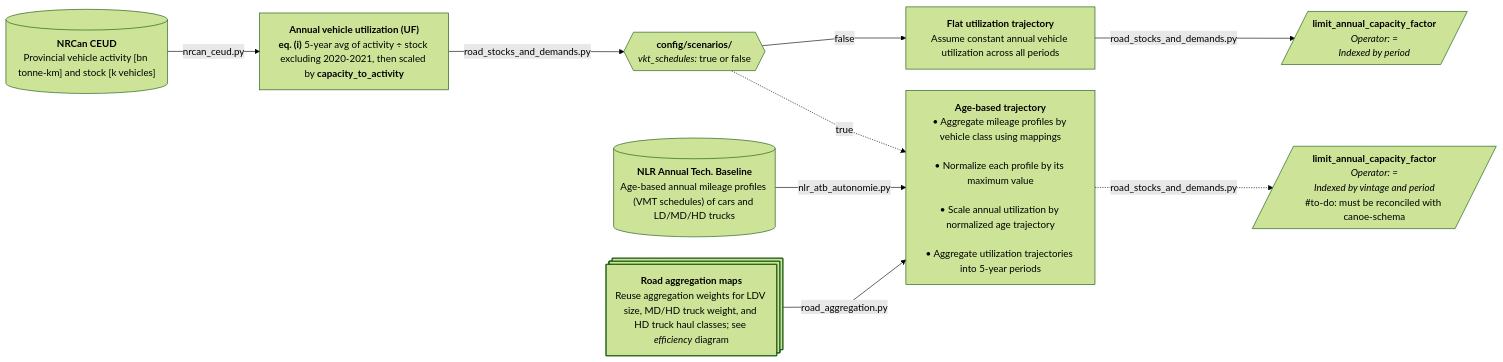
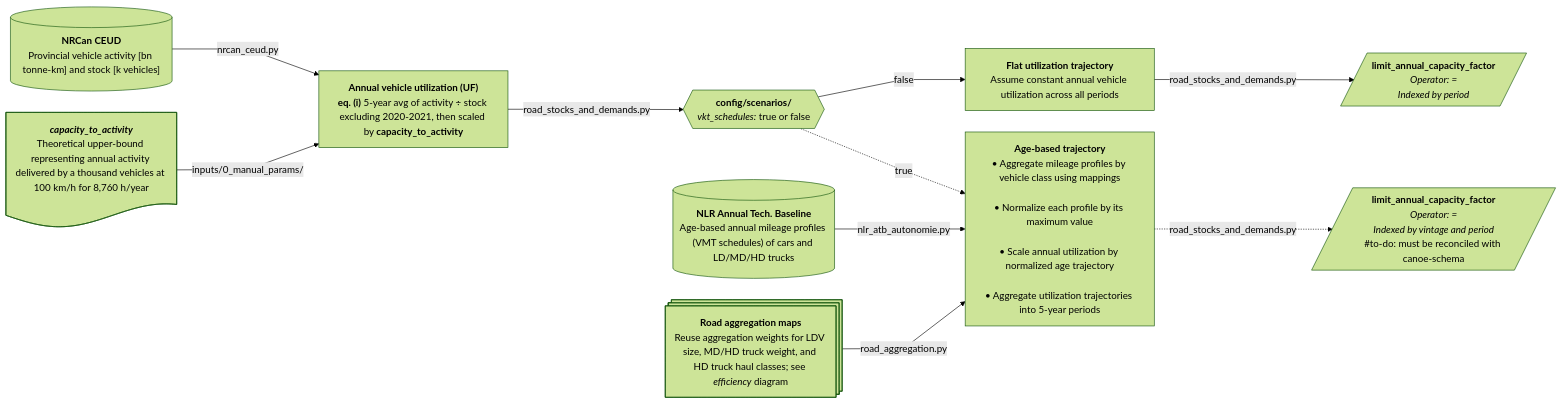
Before and after one commit to CANOE-main/canoe-transportation: the fourth of 12 diagrams in docs/etl_flowcharts.md, drawn with Mermaid (forest theme). The commit also changed other lines of this file and 70 other files, not shown here.

````diff
--- a/docs/etl_flowcharts.md
+++ b/docs/etl_flowcharts.md
@@ -233,56 +234,59 @@
 ```mermaid
 ---
 config:
   layout: dagre
   flowchart:
     nodeSpacing: 35
     rankSpacing: 50
     wrappingWidth: 250
     curve: linear
 ---
 flowchart LR
   %% ########### Sources ###########
   s0[("`**NRCan CEUD**
     Provincial vehicle activity [bn tonne-km] and stock [k vehicles]`")]
+  s0_2@{shape: doc, label: "***capacity_to_activity***
+    Theoretical upper-bound representing annual activity delivered by a thousand vehicles at 100 km/h for 8,760 h/year"}
   s1[("`**NLR Annual Tech. Baseline**
     Age-based annual mileage profiles (VMT schedules) of cars and LD/MD/HD trucks`")]
   s2@{shape: processes, label: "**Road aggregation maps**
     Reuse aggregation weights for LDV size, MD/HD truck weight, and HD truck haul classes; see *efficiency* diagram"}
 
   %% ########### Processes ###########
   p0["`**Annual vehicle utilization (UF)**
     **eq. (i)** 5-year avg of activity ÷ stock excluding 2020-2021, then scaled by **capacity_to_activity**`"]
   s0 -- nrcan_ceud.py --> p0
+  s0_2 -- inputs/0_manual_params/ --> p0
 
   p1@{shape: hex, label: "**config/scenarios/**
     *vkt_schedules:* true or false"}
   p0 -- road_stocks_and_demands.py --> p1
 
   p2["`**Flat utilization trajectory**
     Assume constant annual vehicle utilization across all periods`"]
   p1 -- false --> p2
 
   o1[/"`**limit_annual_capacity_factor**
     *Operator: =*
     *Indexed by period*`"/]
   p2 -- road_stocks_and_demands.py --> o1
 
   p3["`**Age-based trajectory**
     • Aggregate mileage profiles by vehicle class using mappings<br>
     • Normalize each profile by its maximum value<br>
     • Scale annual utilization by normalized age trajectory<br>
     • Aggregate utilization trajectories into 5-year periods`"]
   p1 -. true .-> p3
   s1 -- nlr_atb_autonomie.py --> p3
   s2 -- road_aggregation.py --> p3
 
   o2[/"`**limit_annual_capacity_factor**
     *Operator: =*
     *Indexed by vintage and period*
     #to-do: must be reconciled with canoe-schema`"/]
   p3 -. "road_stocks_and_demands.py" .-> o2
 
   %% --- Hyperlinks ---
   click s0 "https://oee.nrcan.gc.ca/corporate/statistics/neud/dpa/menus/trends/comprehensive_tables/list.cfm"
   click s1 "https://atb.nlr.gov/transportation/2024/data"
 ```
````
